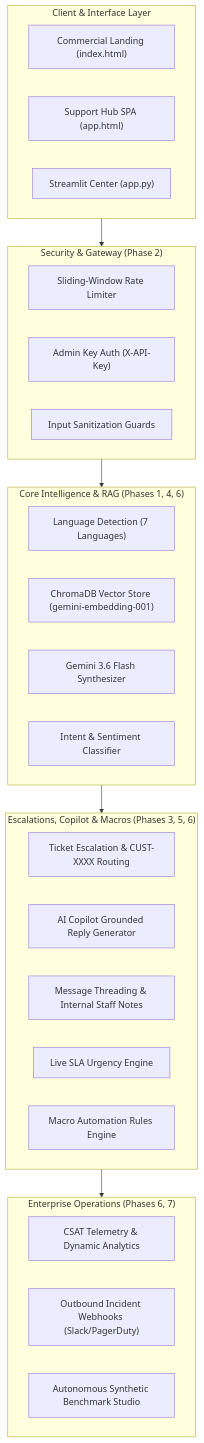
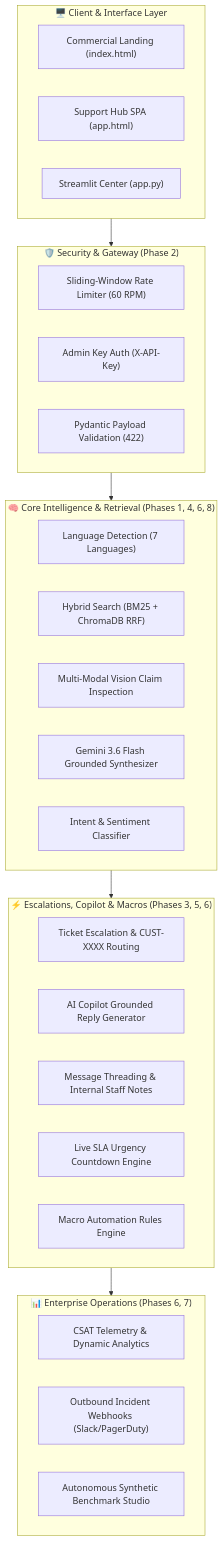
Before and after one commit to chittychitty821-code/customer: the diagram in README.md, drawn with Mermaid. The commit also changed other lines of this file, not shown here.

Commit message:
docs: update README with complete 8-phase architecture, hybrid search, vision RAG, and deployment guide

````diff
--- a/README.md
+++ b/README.md
@@ -12,40 +38,41 @@
 ```mermaid
 flowchart TD
-    subgraph ClientLayer["Client & Interface Layer"]
+    subgraph ClientLayer["🖥️ Client & Interface Layer"]
         A1["Commercial Landing (index.html)"]
         A2["Support Hub SPA (app.html)"]
         A3["Streamlit Center (app.py)"]
     end
 
-    subgraph SecurityLayer["Security & Gateway (Phase 2)"]
-        B1["Sliding-Window Rate Limiter"]
+    subgraph SecurityLayer["🛡️ Security & Gateway (Phase 2)"]
+        B1["Sliding-Window Rate Limiter (60 RPM)"]
         B2["Admin Key Auth (X-API-Key)"]
-        B3["Input Sanitization Guards"]
+        B3["Pydantic Payload Validation (422)"]
     end
 
-    subgraph CoreEngine["Core Intelligence & RAG (Phases 1, 4, 6)"]
+    subgraph CoreEngine["🧠 Core Intelligence & Retrieval (Phases 1, 4, 6, 8)"]
         C1["Language Detection (7 Languages)"]
-        C2["ChromaDB Vector Store (gemini-embedding-001)"]
-        C3["Gemini 3.6 Flash Synthesizer"]
-        C4["Intent & Sentiment Classifier"]
+        C2["Hybrid Search (BM25 + ChromaDB RRF)"]
+        C3["Multi-Modal Vision Claim Inspection"]
+        C4["Gemini 3.6 Flash Grounded Synthesizer"]
+        C5["Intent & Sentiment Classifier"]
     end
 
-    subgraph EscalationAndCopilot["Escalations, Copilot & Macros (Phases 3, 5, 6)"]
+    subgraph EscalationAndCopilot["⚡ Escalations, Copilot & Macros (Phases 3, 5, 6)"]
         D1["Ticket Escalation & CUST-XXXX Routing"]
         D2["AI Copilot Grounded Reply Generator"]
         D3["Message Threading & Internal Staff Notes"]
-        D4["Live SLA Urgency Engine"]
+        D4["Live SLA Urgency Countdown Engine"]
         D5["Macro Automation Rules Engine"]
     end
 
-    subgraph OpsAndBenchmarking["Enterprise Operations (Phases 6, 7)"]
+    subgraph OpsAndBenchmarking["📊 Enterprise Operations (Phases 6, 7)"]
         E1["CSAT Telemetry & Dynamic Analytics"]
         E2["Outbound Incident Webhooks (Slack/PagerDuty)"]
         E3["Autonomous Synthetic Benchmark Studio"]
     end
 
     ClientLayer --> SecurityLayer
     SecurityLayer --> CoreEngine
     CoreEngine --> EscalationAndCopilot
     EscalationAndCopilot --> OpsAndBenchmarking
 ```
````
